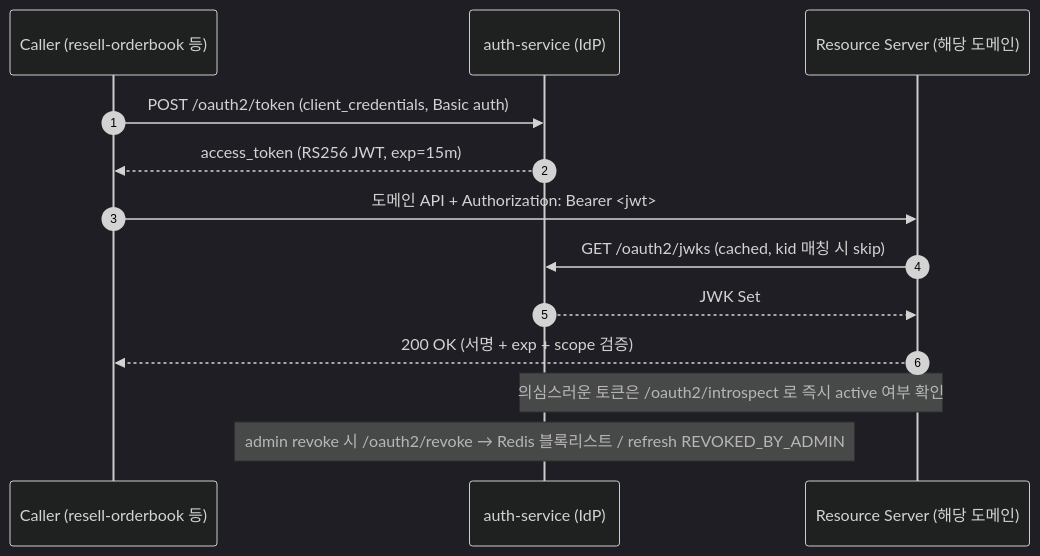
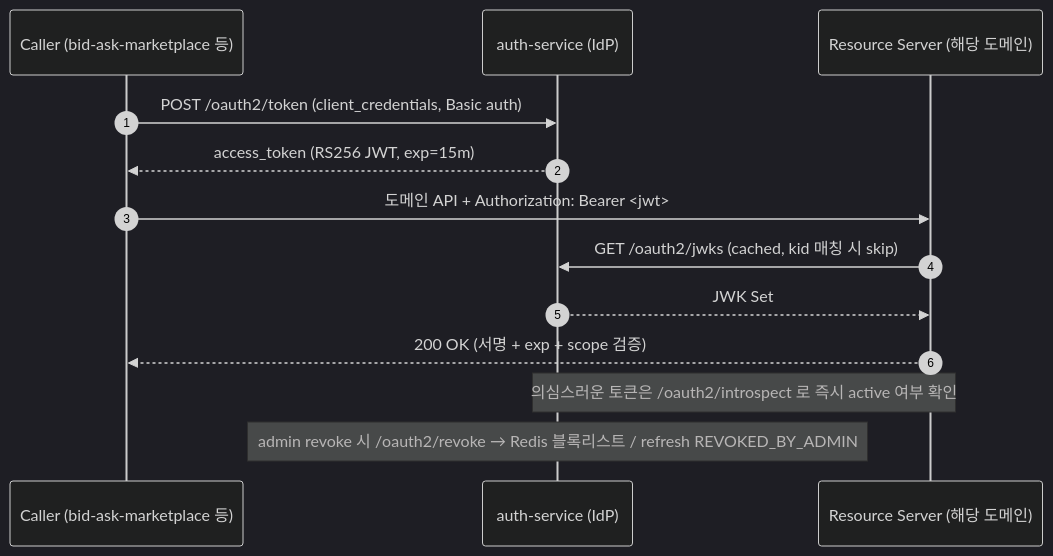
Before and after one commit to ssa1004/auth-service: the diagram in README.md, drawn with Mermaid (dark theme). The commit also changed other lines of this file and 1 other file, not shown here.

Commit message:
docs: portfolio cross-reference resell-orderbook → bid-ask-marketplace
resell-orderbook GitHub 레포가 bid-ask-marketplace 로 rename 됨.

- README.md: 8 레포 표의 레포 이름 + GitHub URL, sequence 다이어그램 caller 인용
- catalog-info.yaml: System description 의 9 레포 나열 + 도메인 서비스 인용

````diff
--- a/README.md
+++ b/README.md
@@ -216,16 +216,16 @@
 ```mermaid
 sequenceDiagram
     autonumber
-    participant C as Caller (resell-orderbook 등)
+    participant C as Caller (bid-ask-marketplace 등)
     participant A as auth-service (IdP)
     participant R as Resource Server (해당 도메인)
 
     C->>A: POST /oauth2/token (client_credentials, Basic auth)
     A-->>C: access_token (RS256 JWT, exp=15m)
     C->>R: 도메인 API + Authorization: Bearer <jwt>
     R->>A: GET /oauth2/jwks (cached, kid 매칭 시 skip)
     A-->>R: JWK Set
     R-->>C: 200 OK (서명 + exp + scope 검증)
     Note over R,A: 의심스러운 토큰은 /oauth2/introspect 로 즉시 active 여부 확인
     Note over A: admin revoke 시 /oauth2/revoke → Redis 블록리스트 / refresh REVOKED_BY_ADMIN
 ```
````
